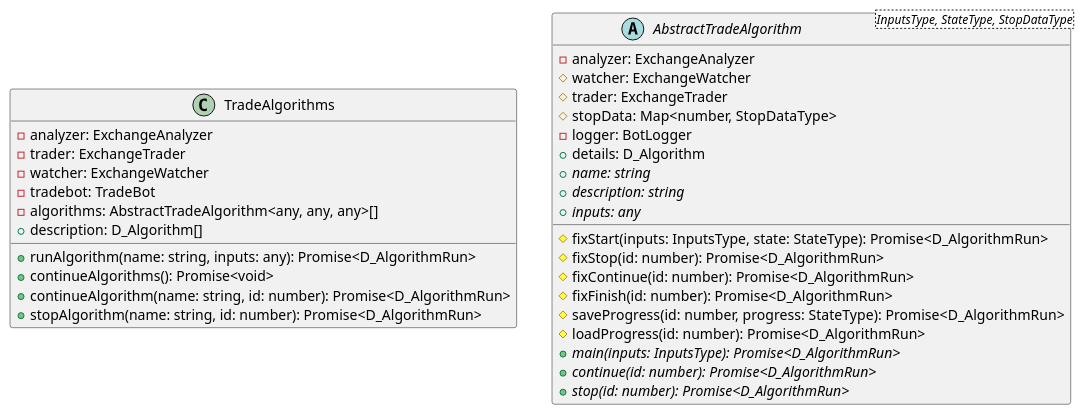
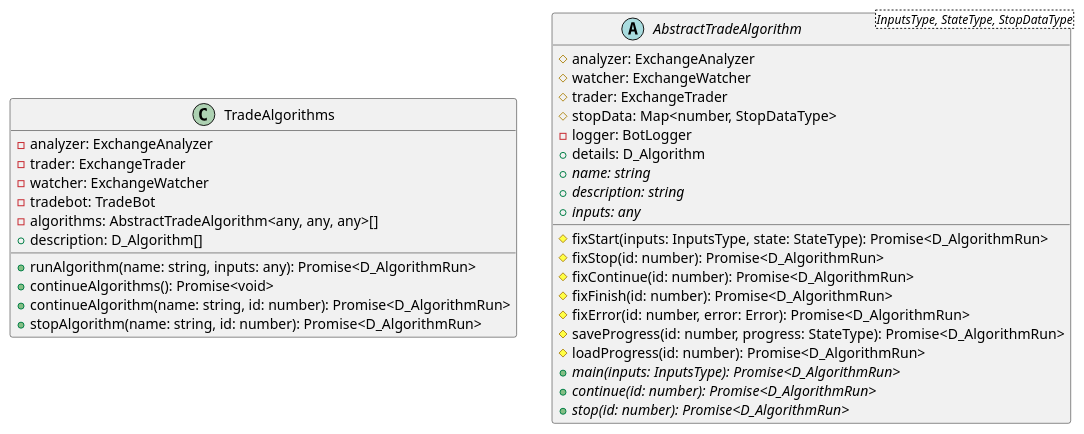
The diagram in docs/TradeAlgorithms.puml (d0rich/tradeb0t), drawn with PlantUML before and after one commit. The commit also changed 7 other files, not shown here.

Commit message:
Create diagrams

```diff
--- a/docs/TradeAlgorithms.puml
+++ b/docs/TradeAlgorithms.puml
@@ -1,35 +1,36 @@
 @startuml
 class TradeAlgorithms {
     -analyzer: ExchangeAnalyzer
     -trader: ExchangeTrader
     -watcher: ExchangeWatcher
     -tradebot: TradeBot
     -algorithms: AbstractTradeAlgorithm<any, any, any>[]
     +description: D_Algorithm[]
     +runAlgorithm(name: string, inputs: any): Promise<D_AlgorithmRun>
     +continueAlgorithms(): Promise<void>
     +continueAlgorithm(name: string, id: number): Promise<D_AlgorithmRun>
     +stopAlgorithm(name: string, id: number): Promise<D_AlgorithmRun>
 }
 
 abstract class AbstractTradeAlgorithm<InputsType, StateType, StopDataType> {
-    -analyzer: ExchangeAnalyzer
+    #analyzer: ExchangeAnalyzer
     #watcher: ExchangeWatcher
     #trader: ExchangeTrader
     #stopData: Map<number, StopDataType>
     -logger: BotLogger
     +details: D_Algorithm
     #fixStart(inputs: InputsType, state: StateType): Promise<D_AlgorithmRun>
     #fixStop(id: number): Promise<D_AlgorithmRun>
     #fixContinue(id: number): Promise<D_AlgorithmRun>
     #fixFinish(id: number): Promise<D_AlgorithmRun>
+    #fixError(id: number, error: Error): Promise<D_AlgorithmRun>
     #saveProgress(id: number, progress: StateType): Promise<D_AlgorithmRun>
     #loadProgress(id: number): Promise<D_AlgorithmRun>
     +{abstract} name: string
     +{abstract} description: string
     +{abstract} inputs: any
     +{abstract} main(inputs: InputsType): Promise<D_AlgorithmRun>
     +{abstract} continue(id: number): Promise<D_AlgorithmRun>
     +{abstract} stop(id: number): Promise<D_AlgorithmRun>
 }
 @enduml
```
